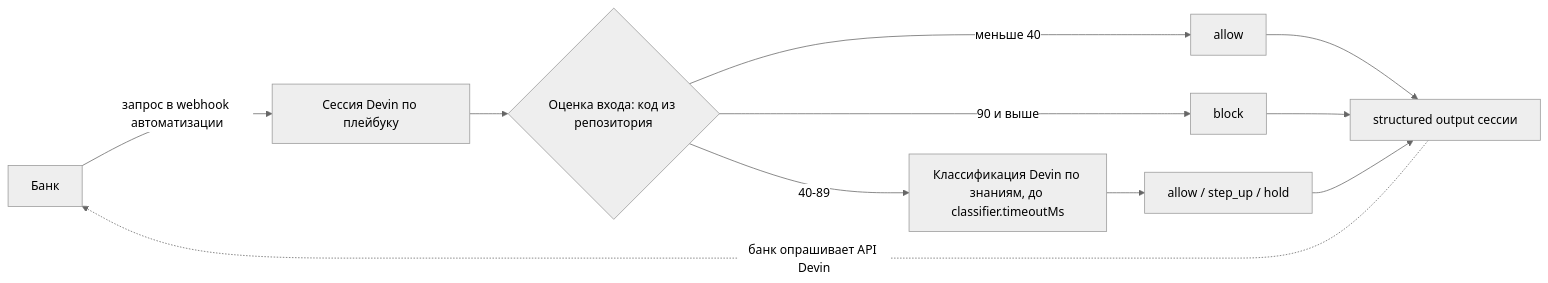
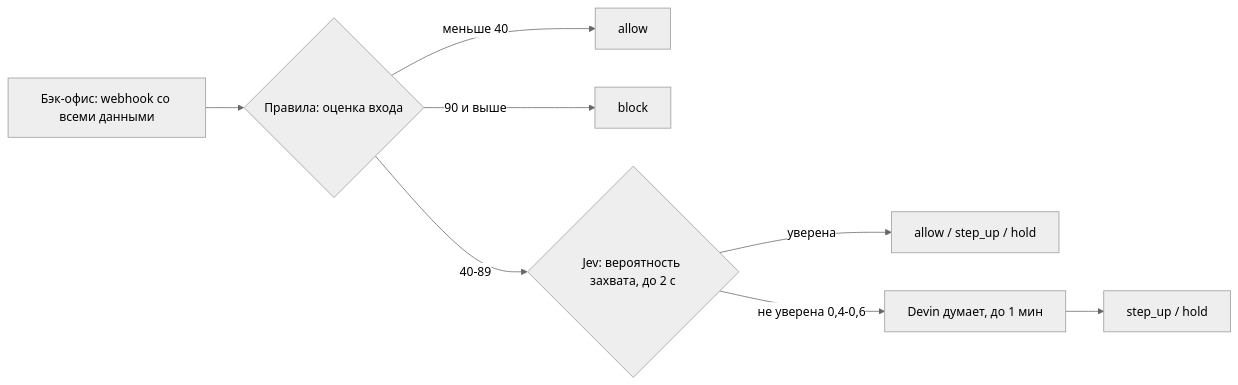
The diagram in docs/plan.md (hackaton201126/nightwatch), drawn with Mermaid (neutral theme) before and after one commit. The commit also changed other lines of this file and 1 other file, not shown here.

Commit message:
docs: take every input in one webhook, ask Jev before Devin

````diff
--- a/docs/plan.md
+++ b/docs/plan.md
@@ -14,11 +15,10 @@
 ```mermaid
 flowchart LR
-  bank[Банк] -->|запрос в webhook автоматизации| s[Сессия Devin по плейбуку]
-  s --> score{Оценка входа: код из репозитория}
-  score -->|меньше 40| allow[allow]
-  score -->|90 и выше| block[block]
-  score -->|40-89| llm[Классификация Devin по знаниям, до classifier.timeoutMs]
-  llm --> out[allow / step_up / hold]
-  allow & block & out --> so[structured output сессии]
-  so -.->|банк опрашивает API Devin| bank
+  bank[Бэк-офис: webhook со всеми данными] --> rules{Правила: оценка входа}
+  rules -->|меньше 40| allow[allow]
+  rules -->|90 и выше| block[block]
+  rules -->|40-89| jev{Jev: вероятность захвата, до 2 с}
+  jev -->|уверена| d1[allow / step_up / hold]
+  jev -->|не уверена 0,4-0,6| devin[Devin думает, до 1 мин]
+  devin --> d2[step_up / hold]
 ```
````
